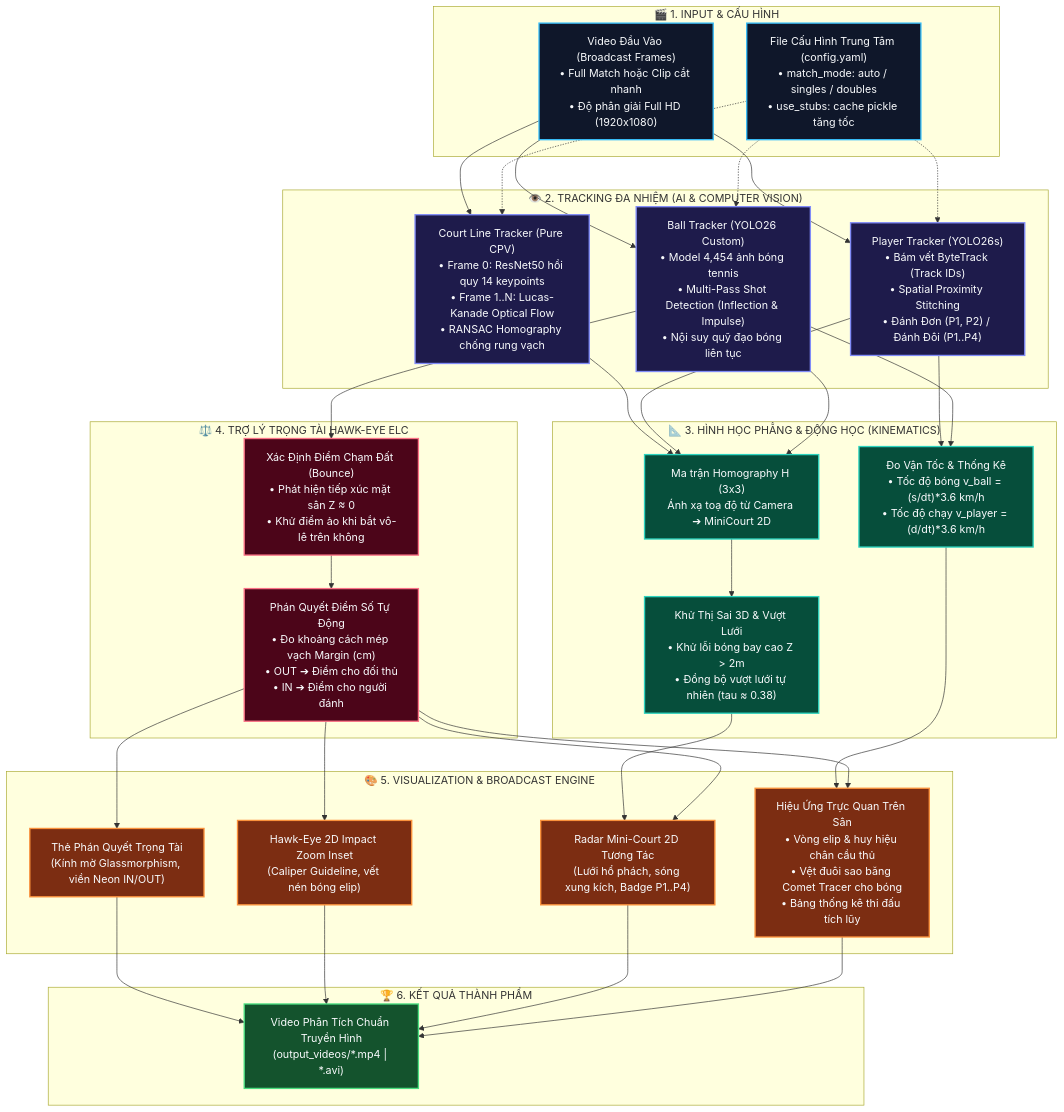
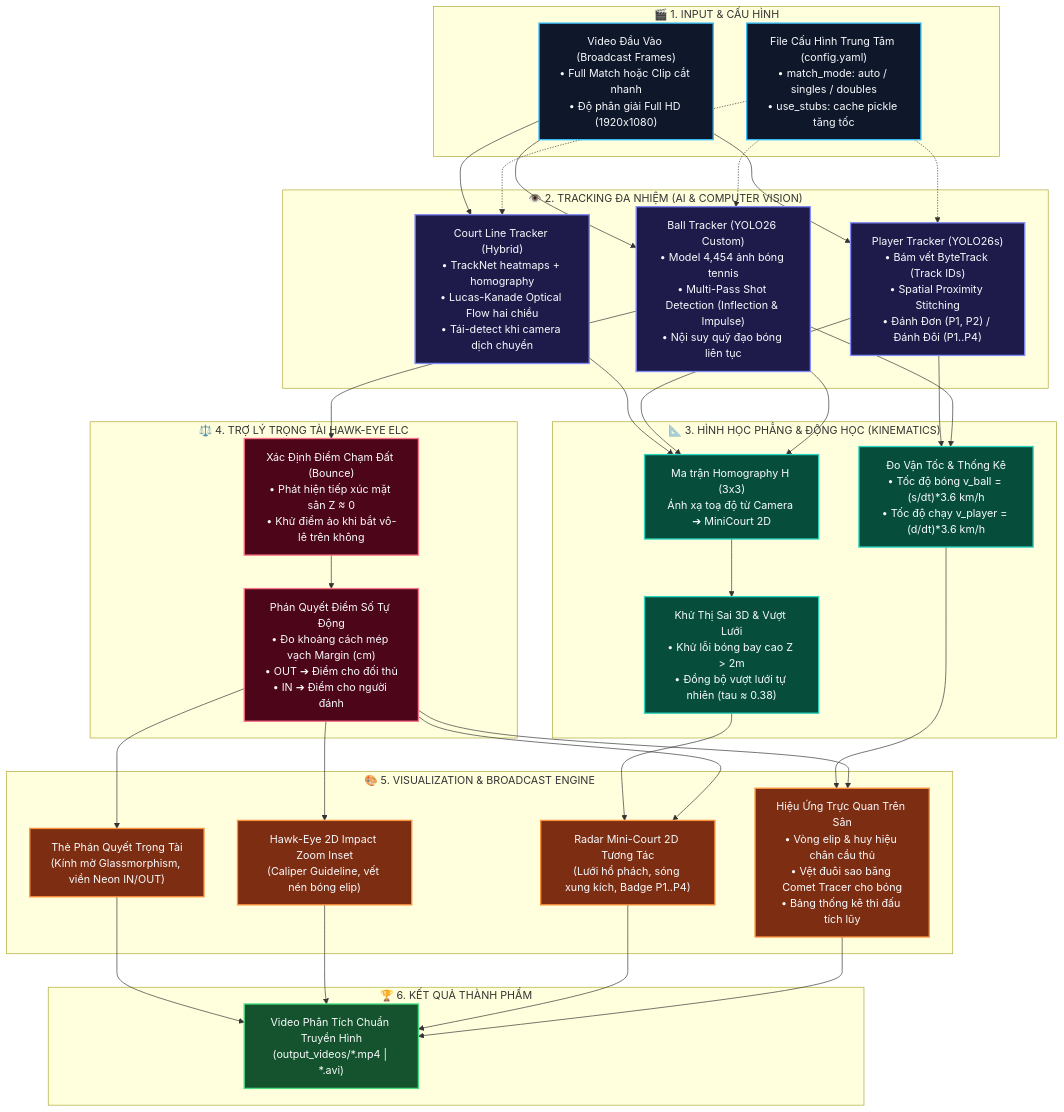
Before and after one commit to LongsoftwareAI/tennis_analysis-main: the diagram in README.md, drawn with Mermaid. The commit also changed other lines of this file and 20 other files, not shown here.

````diff
--- a/README.md
+++ b/README.md
@@ -61,59 +61,59 @@
 ```mermaid
 flowchart TD
     %% Class Styles
     classDef inputStyle fill:#0f172a,stroke:#38bdf8,stroke-width:2px,color:#f8fafc;
     classDef visionStyle fill:#1e1b4b,stroke:#818cf8,stroke-width:2px,color:#f8fafc;
     classDef geoStyle fill:#064e3b,stroke:#2dd4bf,stroke-width:2px,color:#f8fafc;
     classDef refStyle fill:#4c0519,stroke:#fb7185,stroke-width:2px,color:#f8fafc;
     classDef drawStyle fill:#7c2d12,stroke:#fb923c,stroke-width:2px,color:#f8fafc;
     classDef outStyle fill:#14532d,stroke:#4ade80,stroke-width:2px,color:#f8fafc;
 
     subgraph IN ["🎬 1. INPUT & CẤU HÌNH"]
         V_IN["Video Đầu Vào (Broadcast Frames)<br/>• Full Match hoặc Clip cắt nhanh<br/>• Độ phân giải Full HD (1920x1080)"]:::inputStyle
         CFG["File Cấu Hình Trung Tâm (config.yaml)<br/>• match_mode: auto / singles / doubles<br/>• use_stubs: cache pickle tăng tốc"]:::inputStyle
     end
 
     subgraph DETECT ["👁️ 2. TRACKING ĐA NHIỆM (AI & COMPUTER VISION)"]
         PT["Player Tracker (YOLO26s)<br/>• Bám vết ByteTrack (Track IDs)<br/>• Spatial Proximity Stitching<br/>• Đánh Đơn (P1, P2) / Đánh Đôi (P1..P4)"]:::visionStyle
         BT["Ball Tracker (YOLO26 Custom)<br/>• Model 4,454 ảnh bóng tennis<br/>• Multi-Pass Shot Detection (Inflection & Impulse)<br/>• Nội suy quỹ đạo bóng liên tục"]:::visionStyle
-        CT["Court Line Tracker (Pure CPV)<br/>• Frame 0: ResNet50 hồi quy 14 keypoints<br/>• Frame 1..N: Lucas-Kanade Optical Flow<br/>• RANSAC Homography chống rung vạch"]:::visionStyle
+        CT["Court Line Tracker (Hybrid)<br/>• TrackNet heatmaps + homography<br/>• Lucas-Kanade Optical Flow hai chiều<br/>• Tái-detect khi camera dịch chuyển"]:::visionStyle
     end
 
     subgraph GEO ["📐 3. HÌNH HỌC PHẲNG & ĐỘNG HỌC (KINEMATICS)"]
         HOMO["Ma trận Homography H (3x3)<br/>Ánh xạ toạ độ từ Camera ➔ MiniCourt 2D"]:::geoStyle
         PARALLAX["Khử Thị Sai 3D & Vượt Lưới<br/>• Khử lỗi bóng bay cao Z > 2m<br/>• Đồng bộ vượt lưới tự nhiên (tau ≈ 0.38)"]:::geoStyle
         STATS["Đo Vận Tốc & Thống Kê<br/>• Tốc độ bóng v_ball = (s/dt)*3.6 km/h<br/>• Tốc độ chạy v_player = (d/dt)*3.6 km/h"]:::geoStyle
     end
 
     subgraph REF ["⚖️ 4. TRỢ LÝ TRỌNG TÀI HAWK-EYE ELC"]
         BOUNCE["Xác Định Điểm Chạm Đất (Bounce)<br/>• Phát hiện tiếp xúc mặt sân Z ≈ 0<br/>• Khử điểm ảo khi bắt vô-lê trên không"]:::refStyle
         DECISION["Phán Quyết Điểm Số Tự Động<br/>• Đo khoảng cách mép vạch Margin (cm)<br/>• OUT ➔ Điểm cho đối thủ<br/>• IN ➔ Điểm cho người đánh"]:::refStyle
     end
 
     subgraph RENDER ["🎨 5. VISUALIZATION & BROADCAST ENGINE"]
         CARD["Thẻ Phán Quyết Trọng Tài<br/>(Kính mờ Glassmorphism, viền Neon IN/OUT)"]:::drawStyle
         ZOOM["Hawk-Eye 2D Impact Zoom Inset<br/>(Caliper Guideline, vết nén bóng elip)"]:::drawStyle
         MINI["Radar Mini-Court 2D Tương Tác<br/>(Lưới hổ phách, sóng xung kích, Badge P1..P4)"]:::drawStyle
         OVERLAY["Hiệu Ứng Trực Quan Trên Sân<br/>• Vòng elip & huy hiệu chân cầu thủ<br/>• Vệt đuôi sao băng Comet Tracer cho bóng<br/>• Bảng thống kê thi đấu tích lũy"]:::drawStyle
     end
 
     subgraph OUT ["🏆 6. KẾT QUẢ THÀNH PHẨM"]
         V_OUT["Video Phân Tích Chuẩn Truyền Hình<br/>(output_videos/*.mp4 | *.avi)"]:::outStyle
     end
 
     V_IN --> PT & BT & CT
     CFG -.-> PT & BT & CT
 
     CT --> HOMO
     PT --> HOMO & STATS
     BT --> HOMO & STATS & BOUNCE
 
     HOMO --> PARALLAX
     PARALLAX --> MINI
     STATS --> OVERLAY
 
     BOUNCE --> DECISION
     DECISION --> CARD & ZOOM & MINI & OVERLAY
 
     CARD & ZOOM & MINI & OVERLAY --> V_OUT
 ```
````
